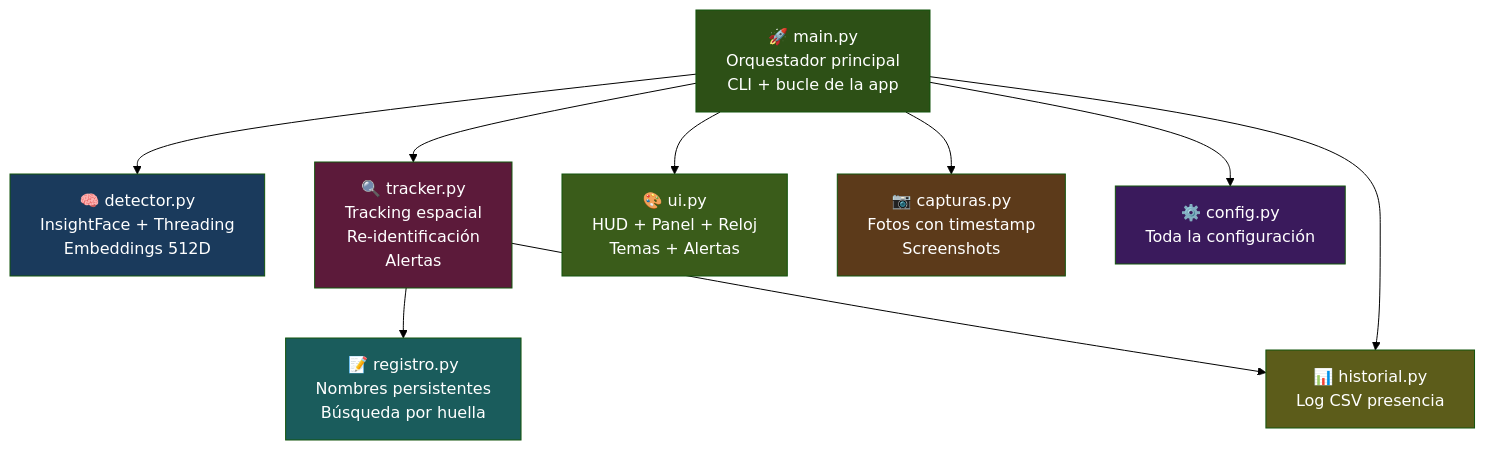
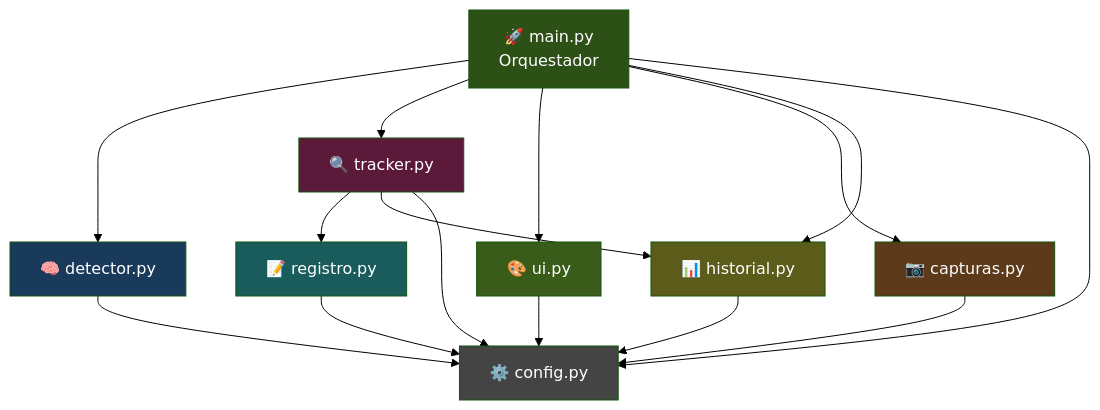
Before and after one commit to Harol-Medina/Reconocimiento_facial: the fourth of 4 diagrams in README.md, drawn with Mermaid (forest theme). The commit also changed other lines of this file, not shown here.

````diff
--- a/README.md
+++ b/README.md
@@ -141,29 +363,28 @@
 ```mermaid
 graph TD
-    MAIN[🚀 main.py\nOrquestador principal\nCLI + bucle de la app] --> DET
-    MAIN --> TRK
-    MAIN --> UI
-    MAIN --> CAP
-    MAIN --> CFG
+    MAIN[🚀 main.py\nOrquestador] --> DET[🧠 detector.py]
+    MAIN --> TRK[🔍 tracker.py]
+    MAIN --> UI[🎨 ui.py]
+    MAIN --> CAP[📷 capturas.py]
+    MAIN --> HIS[📊 historial.py]
 
-    DET[🧠 detector.py\nInsightFace + Threading\nEmbeddings 512D]
-    TRK[🔍 tracker.py\nTracking espacial\nRe-identificación\nAlertas]
-    UI[🎨 ui.py\nHUD + Panel + Reloj\nTemas + Alertas]
-    CAP[📷 capturas.py\nFotos con timestamp\nScreenshots]
-    REG[📝 registro.py\nNombres persistentes\nBúsqueda por huella]
-    HIS[📊 historial.py\nLog CSV presencia]
-    CFG[⚙️ config.py\nToda la configuración]
+    TRK --> REG[📝 registro.py]
+    TRK --> HIS
 
-    TRK --> REG
-    TRK --> HIS
-    MAIN --> HIS
+    MAIN --> CFG[⚙️ config.py]
+    DET --> CFG
+    TRK --> CFG
+    UI --> CFG
+    CAP --> CFG
+    HIS --> CFG
+    REG --> CFG
 
     style MAIN fill:#2d5016,color:#fff
     style DET fill:#1a3a5c,color:#fff
     style TRK fill:#5c1a3a,color:#fff
     style UI fill:#3a5c1a,color:#fff
     style CAP fill:#5c3a1a,color:#fff
     style REG fill:#1a5c5c,color:#fff
     style HIS fill:#5c5c1a,color:#fff
-    style CFG fill:#3a1a5c,color:#fff
+    style CFG fill:#444,color:#fff
 ```
````
